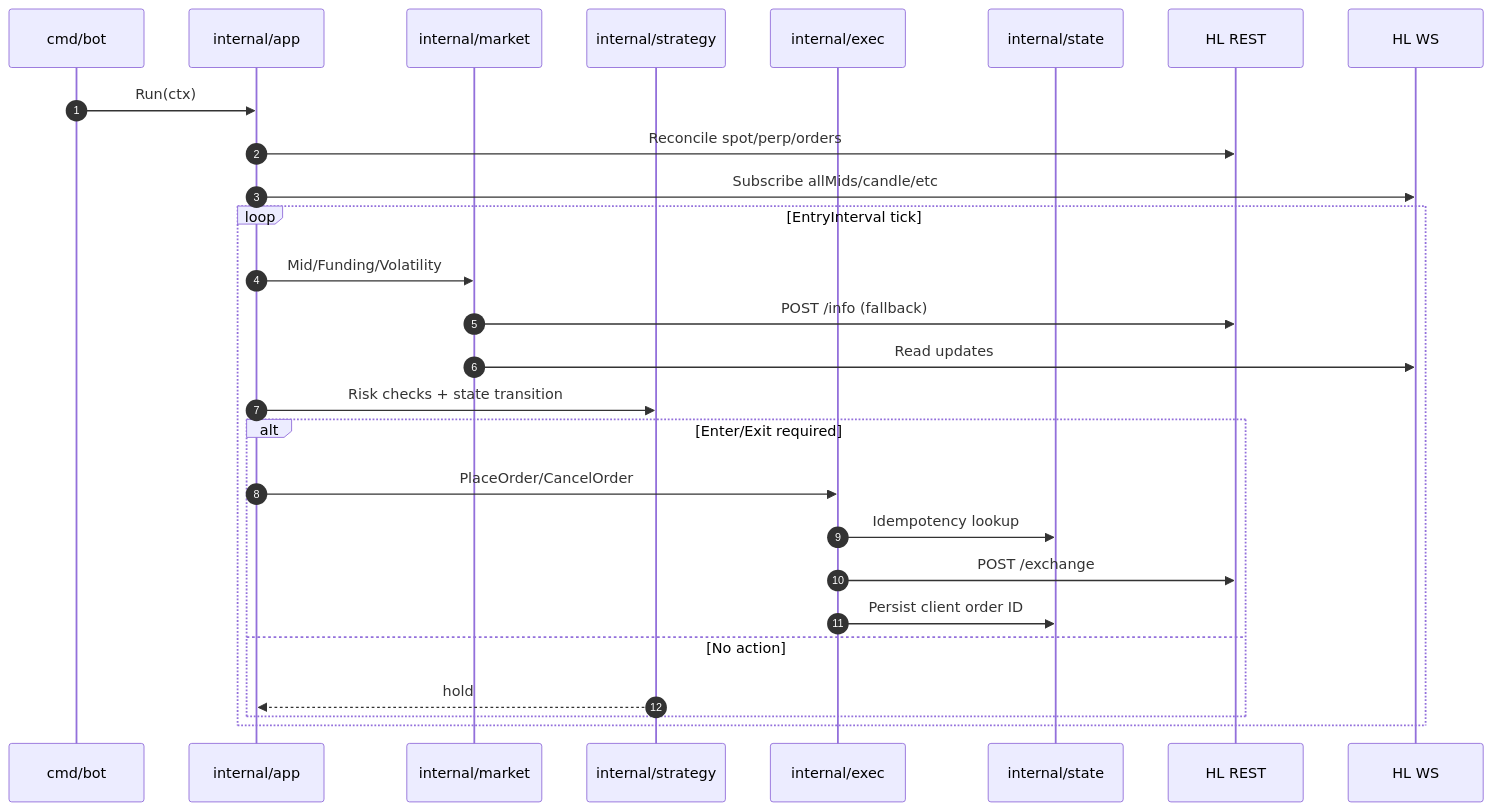
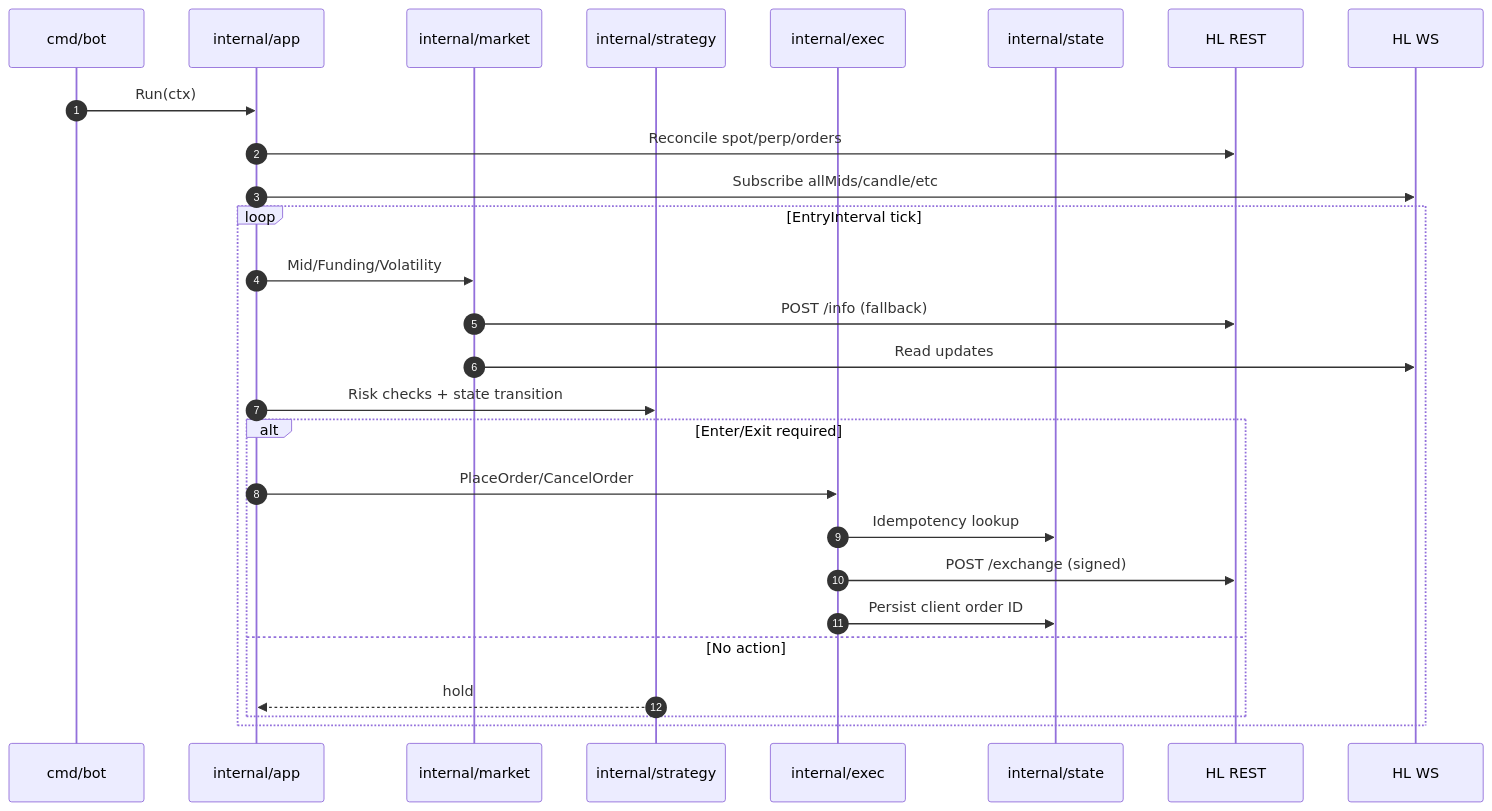
Before and after one commit to biteblock-labs/HyperBasis: the diagram in docs/architecture.md, drawn with Mermaid. The commit also changed other lines of this file and 35 other files, not shown here.

````diff
--- a/docs/architecture.md
+++ b/docs/architecture.md
@@ -35,30 +37,30 @@
 ```mermaid
 sequenceDiagram
     autonumber
     participant Main as cmd/bot
     participant App as internal/app
     participant Market as internal/market
     participant Strategy as internal/strategy
     participant Exec as internal/exec
     participant Store as internal/state
     participant REST as HL REST
     participant WS as HL WS
 
     Main->>App: Run(ctx)
     App->>REST: Reconcile spot/perp/orders
     App->>WS: Subscribe allMids/candle/etc
     loop EntryInterval tick
         App->>Market: Mid/Funding/Volatility
         Market->>REST: POST /info (fallback)
         Market->>WS: Read updates
         App->>Strategy: Risk checks + state transition
         alt Enter/Exit required
             App->>Exec: PlaceOrder/CancelOrder
             Exec->>Store: Idempotency lookup
-            Exec->>REST: POST /exchange
+            Exec->>REST: POST /exchange (signed)
             Exec->>Store: Persist client order ID
         else No action
             Strategy-->>App: hold
         end
     end
 ```
````
